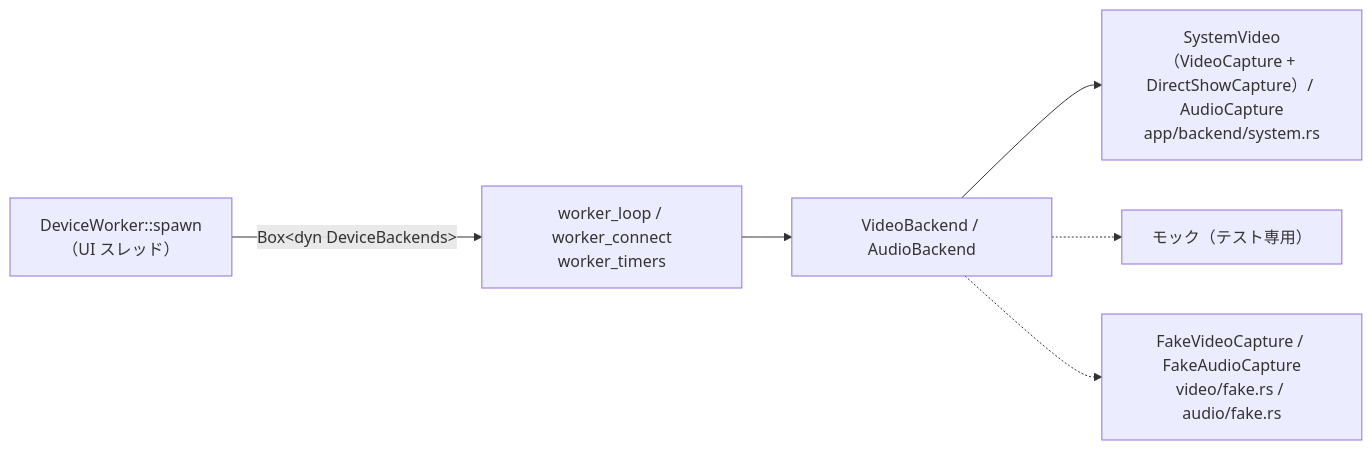
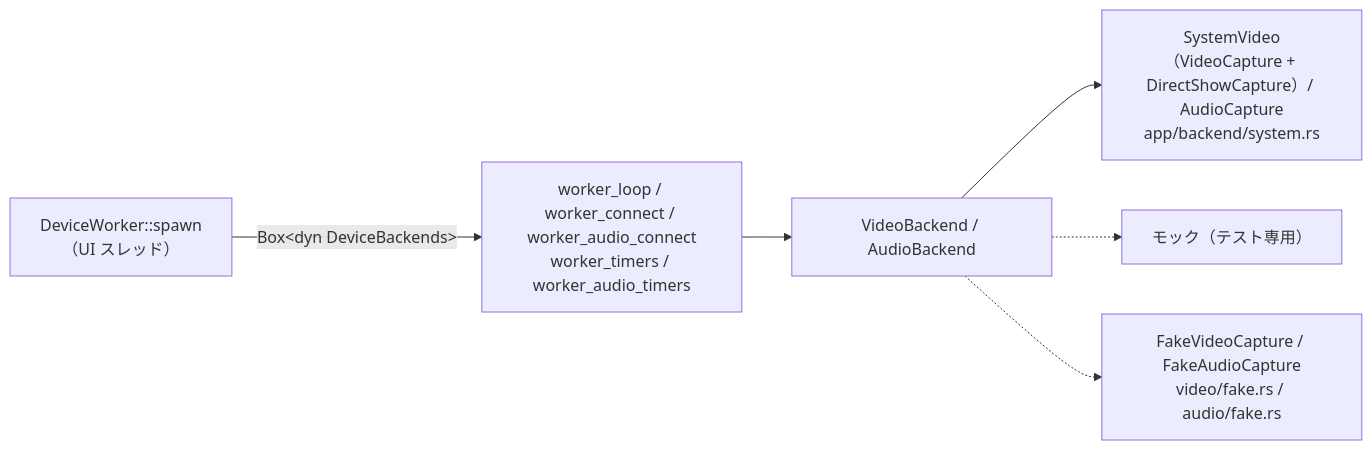
One commit to Mui-MuiMui/Capturecard_Viewer changed the second of 2 diagrams in docs/design/device-worker.md. Above: the diagram before and after it, drawn with Mermaid. The commit also changed other lines of this file and 4 other files, not shown here.

````diff
--- a/docs/design/device-worker.md
+++ b/docs/design/device-worker.md
@@ -61,15 +61,15 @@
 ```mermaid
 flowchart LR
     spawn["DeviceWorker::spawn<br/>（UI スレッド）"]
-    loop["worker_loop / worker_connect<br/>worker_timers"]
+    loop["worker_loop / worker_connect / worker_audio_connect<br/>worker_timers / worker_audio_timers"]
     trait["VideoBackend / AudioBackend"]
     real["SystemVideo（VideoCapture + DirectShowCapture）/ AudioCapture<br/>app/backend/system.rs"]
     mock["モック（テスト専用）"]
     fake["FakeVideoCapture / FakeAudioCapture<br/>video/fake.rs / audio/fake.rs"]
 
     spawn -->|Box&lt;dyn DeviceBackends&gt;| loop
     loop --> trait
     trait --> real
     trait -.-> mock
     trait -.-> fake
 ```
````
